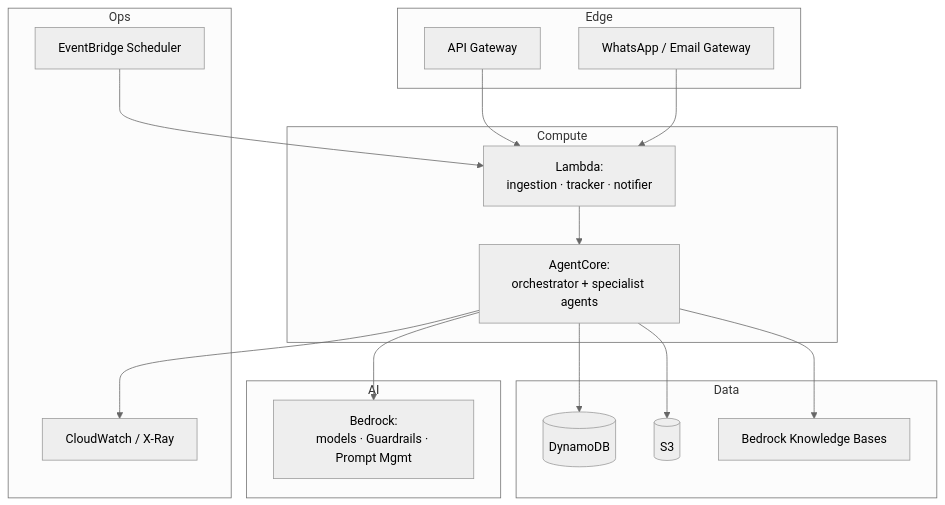
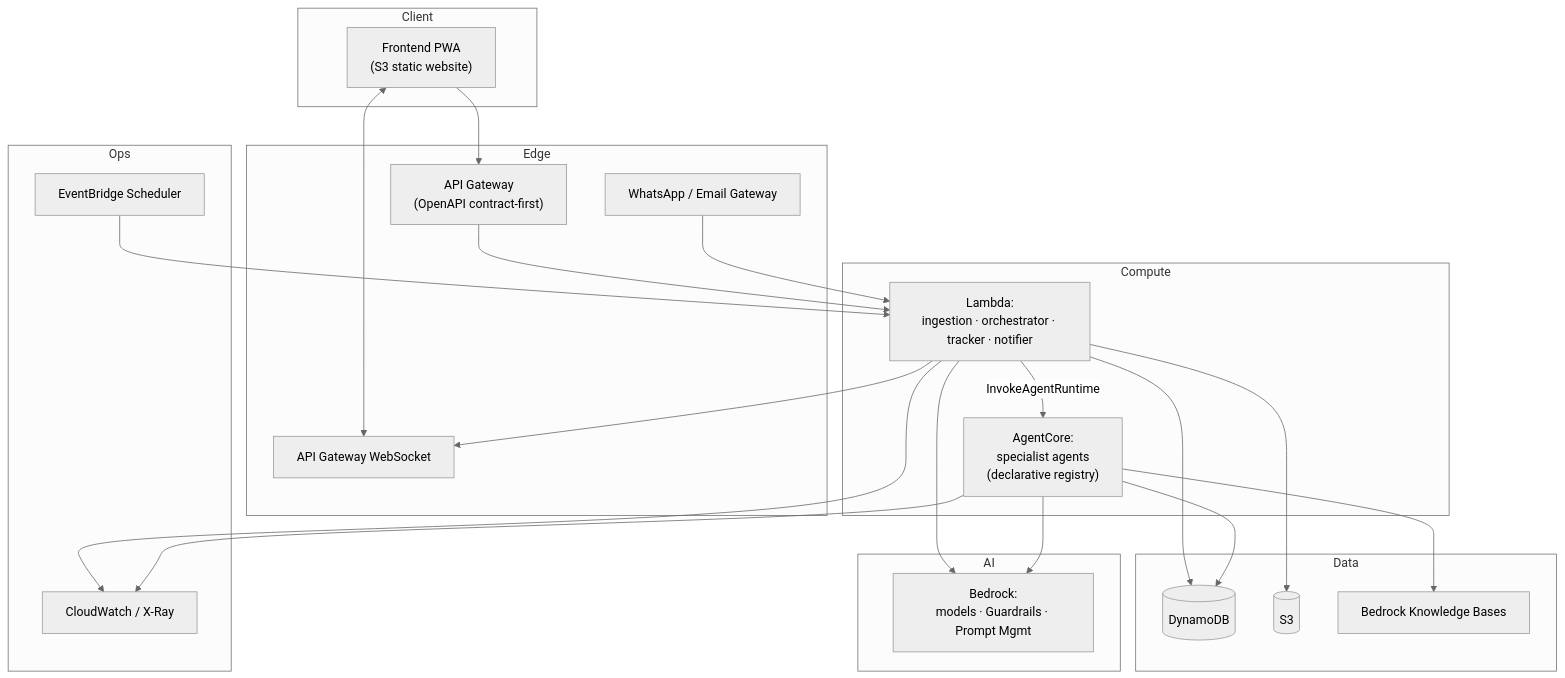
One commit to prashant-baj/tendril changed the fifth of 9 diagrams in docs/architecture/architecture.md. Above: the diagram before and after it, drawn with Mermaid (neutral theme). The commit also changed other lines of this file and 7 other files, not shown here.

Commit message:
docs: update architecture ADRs to reflect new async orchestrator design and declarative agent registry; add OpenAPI contract for Client API

````diff
--- a/docs/architecture/architecture.md
+++ b/docs/architecture/architecture.md
@@ -215,32 +252,42 @@
 ```mermaid
 flowchart TB
+  subgraph Client
+    FE["Frontend PWA<br/>(S3 static website)"]
+  end
   subgraph Edge
-    APIGW["API Gateway"]
+    APIGW["API Gateway<br/>(OpenAPI contract-first)"]
+    WSAPI["API Gateway WebSocket"]
     WA["WhatsApp / Email Gateway"]
   end
   subgraph Compute
-    L["Lambda:<br/>ingestion · tracker · notifier"]
-    AC["AgentCore:<br/>orchestrator + specialist agents"]
+    L["Lambda:<br/>ingestion · orchestrator · tracker · notifier"]
+    AC["AgentCore:<br/>specialist agents<br/>(declarative registry)"]
   end
   subgraph Data
     DDB[("DynamoDB")]
     S3[("S3")]
     KB["Bedrock Knowledge Bases"]
   end
   subgraph AI
     BR["Bedrock:<br/>models · Guardrails · Prompt Mgmt"]
   end
   subgraph Ops
     EB["EventBridge Scheduler"]
     CW["CloudWatch / X-Ray"]
   end
+  FE --> APIGW
+  FE <--> WSAPI
   APIGW --> L
   WA --> L
   EB --> L
-  L --> AC
+  L -->|InvokeAgentRuntime| AC
+  L --> BR
   AC --> BR
+  L --> DDB
   AC --> DDB
-  AC --> S3
+  L --> S3
   AC --> KB
+  L --> WSAPI
+  L --> CW
   AC --> CW
 ```
````
